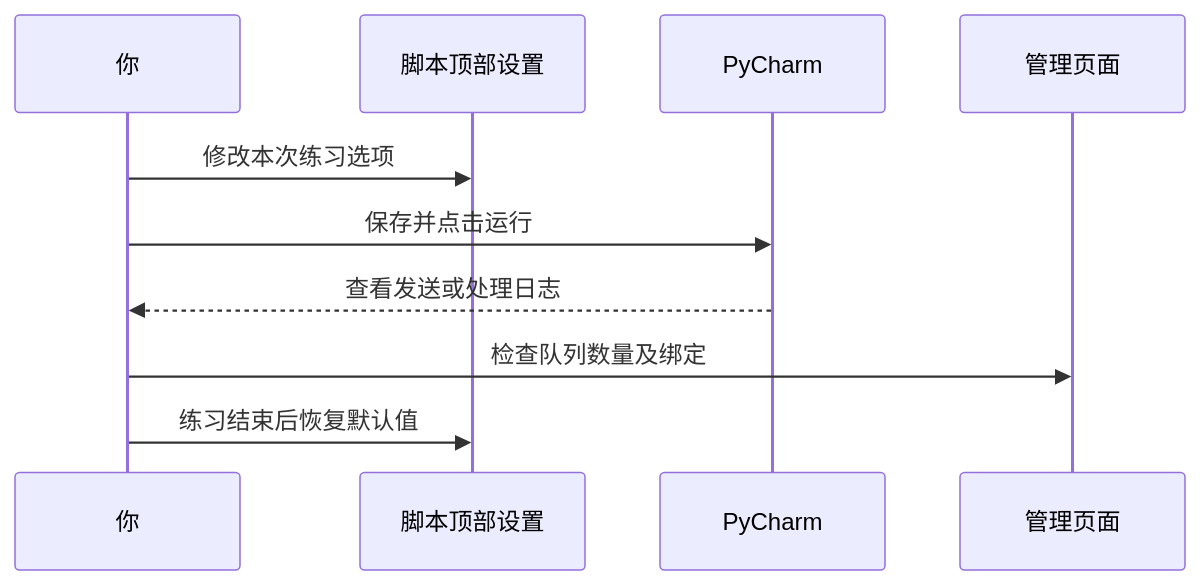
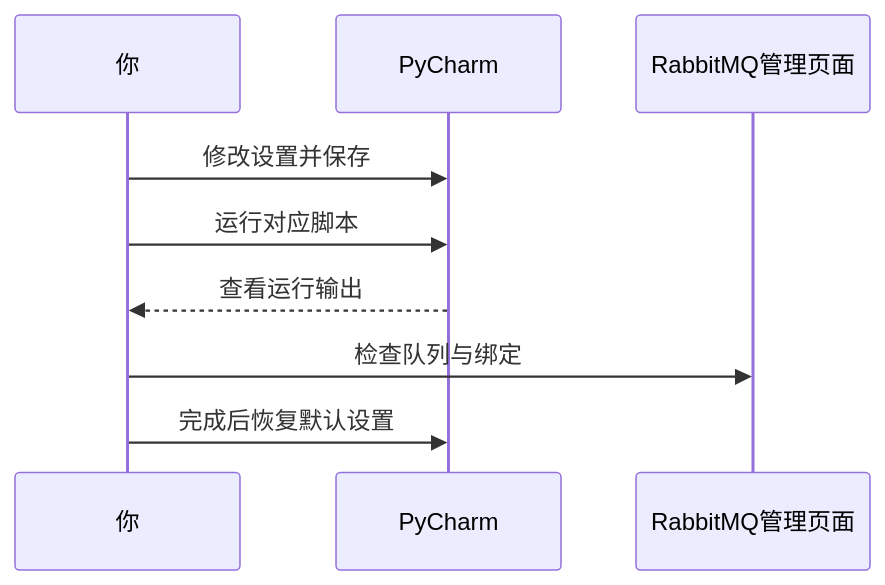
One commit to tianshiyang/ai-lab changed diagram 13 of 13 in rabbitMQ学习/README.md. Above: the diagram before and after it, drawn with Mermaid. The commit also changed other lines of this file and 2 other files, not shown here.

Commit message:
refactor(rabbitMQ学习): 移除集中资源常量，名称内联到调用处

````diff
--- a/rabbitMQ学习/README.md
+++ b/rabbitMQ学习/README.md
@@ -1314,12 +1104,11 @@
 ```mermaid
 sequenceDiagram
     participant U as 你
-    participant S as 脚本顶部设置
-    participant I as PyCharm
-    participant M as 管理页面
-    U->>S: 修改本次练习选项
-    U->>I: 保存并点击运行
-    I-->>U: 查看发送或处理日志
-    U->>M: 检查队列数量及绑定
-    U->>S: 练习结束后恢复默认值
+    participant P as PyCharm
+    participant R as RabbitMQ管理页面
+    U->>P: 修改设置并保存
+    U->>P: 运行对应脚本
+    P-->>U: 查看运行输出
+    U->>R: 检查队列与绑定
+    U->>P: 完成后恢复默认设置
 ```
````
